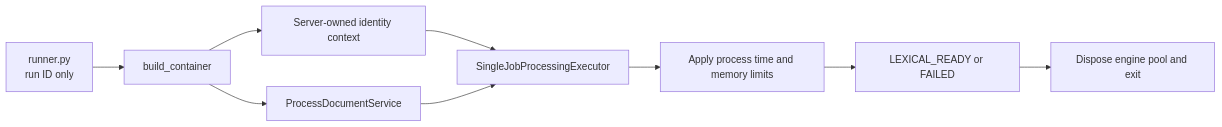
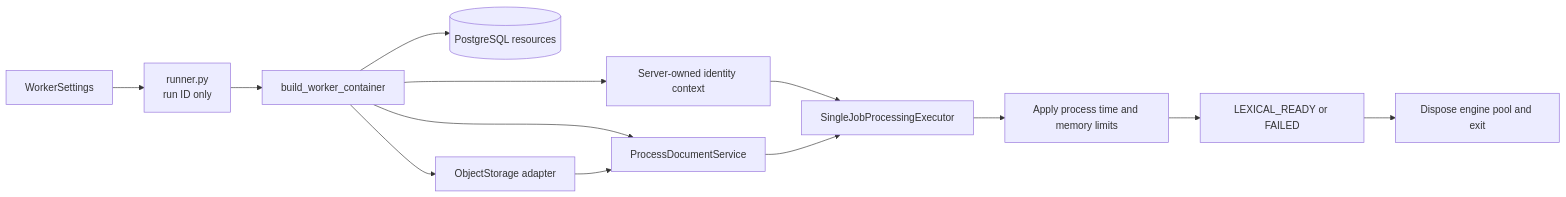
Before and after one commit to rnkraus/investment-research: the second of 2 diagrams in backend/src/investment_research/README.md, drawn with Mermaid. The commit also changed other lines of this file and 2 other files, not shown here.

````diff
--- a/backend/src/investment_research/README.md
+++ b/backend/src/investment_research/README.md
@@ -68,11 +64,15 @@
 ```mermaid
 flowchart LR
-    CLI[runner.py<br/>run ID only] --> BOOT[build_container]
+    SETTINGS[WorkerSettings] --> CLI[runner.py<br/>run ID only]
+    CLI --> BOOT[build_worker_container]
     BOOT --> ID[Server-owned identity context]
+    BOOT --> DB[(PostgreSQL resources)]
+    BOOT --> STORAGE[ObjectStorage adapter]
     BOOT --> SERVICE[ProcessDocumentService]
+    STORAGE --> SERVICE
     ID --> EXECUTE[SingleJobProcessingExecutor]
     SERVICE --> EXECUTE
     EXECUTE --> LIMITS[Apply process time and memory limits]
     LIMITS --> TERMINAL[LEXICAL_READY or FAILED]
     TERMINAL --> CLOSE[Dispose engine pool and exit]
 ```
````
